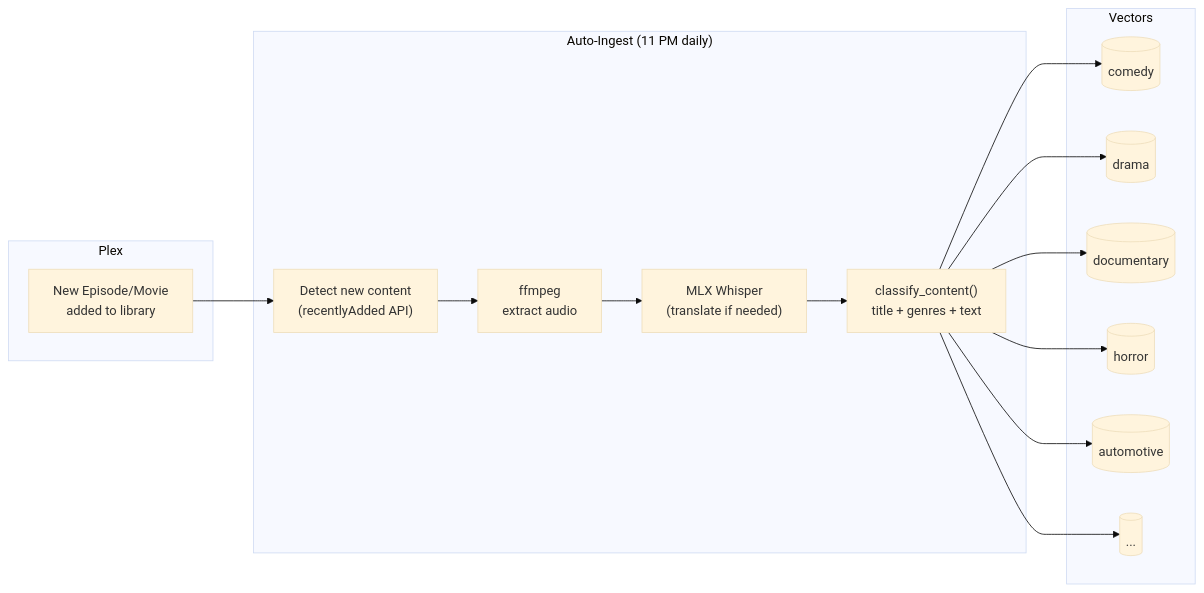
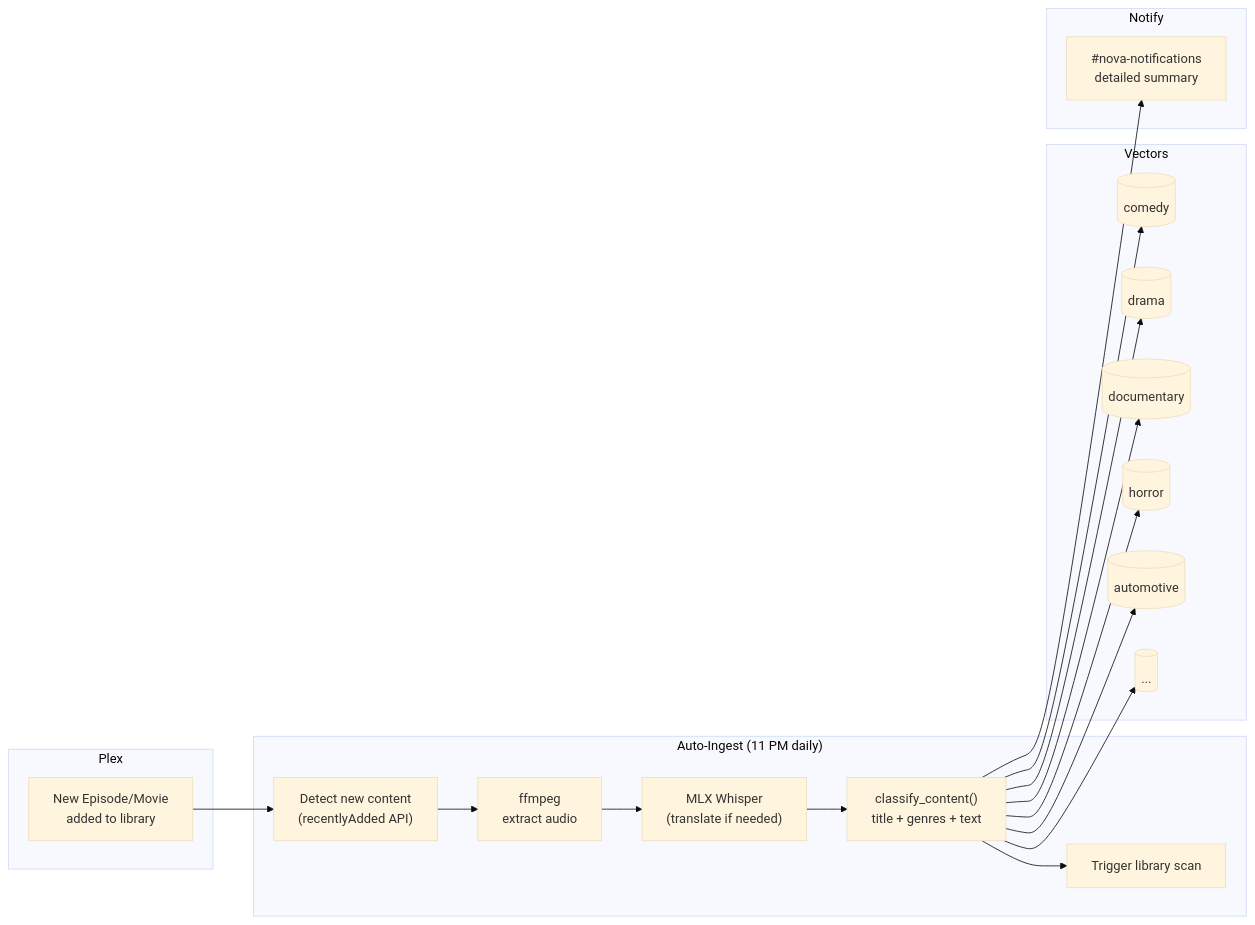
Before and after one commit to kochj23/nova: the ninth of 9 diagrams in README.md, drawn with Mermaid (base theme). The commit also changed other lines of this file and 21 other files, not shown here.

First line of the commit message:
docs: Complete README rewrite — multi-agent architecture, 5 image models, 14 knowledge crawlers, art corner

````diff
--- a/README.md
+++ b/README.md
@@ -470,30 +579,37 @@
 ```mermaid
 flowchart LR
     subgraph Plex
         New["New Episode/Movie<br/>added to library"]
     end
 
     subgraph "Auto-Ingest (11 PM daily)"
         Detect["Detect new content<br/>(recentlyAdded API)"]
         Extract["ffmpeg<br/>extract audio"]
         Transcribe["MLX Whisper<br/>(translate if needed)"]
         Classify["classify_content()<br/>title + genres + text"]
+        Scan["Trigger library scan"]
     end
 
     subgraph Vectors
         V1[("comedy")]
         V2[("drama")]
         V3[("documentary")]
         V4[("horror")]
         V5[("automotive")]
         V6[("...")]
     end
 
+    subgraph Notify
+        Slack["#nova-notifications<br/>detailed summary"]
+    end
+
     New --> Detect --> Extract --> Transcribe --> Classify
     Classify --> V1
     Classify --> V2
     Classify --> V3
     Classify --> V4
     Classify --> V5
     Classify --> V6
+    Classify --> Scan
+    Classify --> Slack
 ```
````
